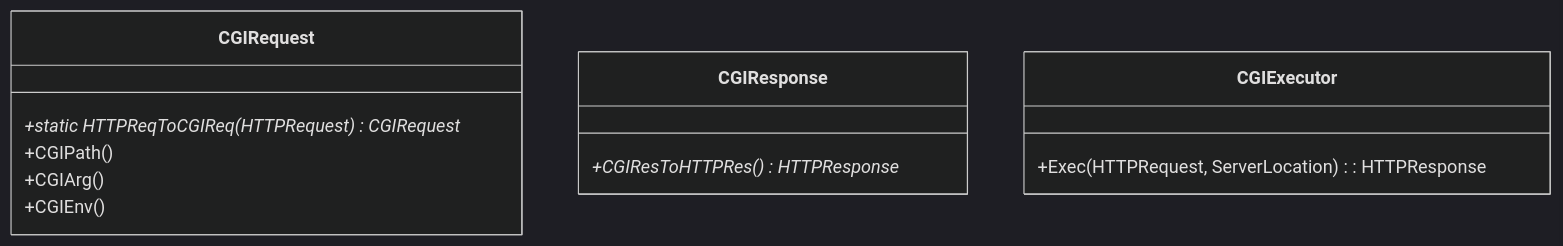
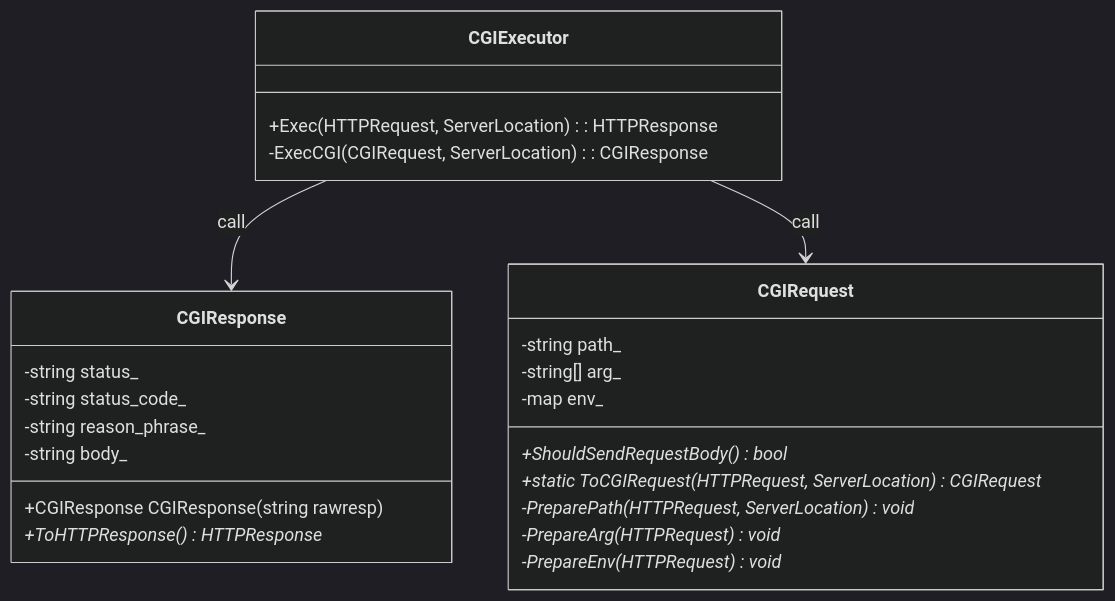
The diagram in docs/class/cgi_class.md (katataku/webserv), drawn with Mermaid (dark theme) before and after one commit. The commit also changed other lines of this file, not shown here.

Commit message:
fix: クラス図の修正、擬似コードの追加

````diff
--- a/docs/class/cgi_class.md
+++ b/docs/class/cgi_class.md
@@ -1,17 +1,30 @@
 ``` mermaid
 classDiagram
+    CGIExecutor --> CGIResponse : call
+    CGIExecutor --> CGIRequest : call
+
     class CGIRequest {
-      +static HTTPReqToCGIReq(HTTPRequest)* CGIRequest
-      +CGIPath()
-      +CGIArg()
-      +CGIEnv()
+      +ShouldSendRequestBody()* bool
+      +static ToCGIRequest(HTTPRequest, ServerLocation)* CGIRequest
+      -string path_
+      -string[] arg_
+      -map<string, string> env_
+      -PreparePath(HTTPRequest, ServerLocation)* void
+      -PrepareArg(HTTPRequest)* void
+      -PrepareEnv(HTTPRequest)* void
     }
 
     class CGIResponse {
-      +CGIResToHTTPRes()* HTTPResponse
+      +CGIResponse CGIResponse(string rawresp)
+      +ToHTTPResponse()* HTTPResponse
+      -string status_
+      -string status_code_
+      -string reason_phrase_
+      -string body_
     }
 
     class CGIExecutor {
       +Exec(HTTPRequest, ServerLocation) : HTTPResponse
+      -ExecCGI(CGIRequest, ServerLocation) : CGIResponse
     }
 ```
````
